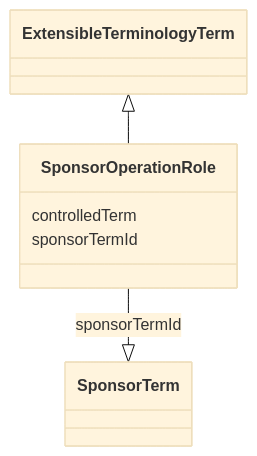
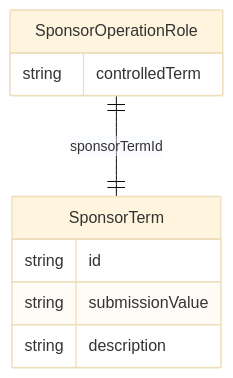
One commit to cdisc-org/analysis-results-standard changed the diagram in project/docs/SponsorOperationRole.md. Above: the diagram before and after it, drawn with Mermaid (base theme). The commit also changed 131 other files, not shown here.

Commit message:
Add top-level diagram to documentation

````diff
--- a/project/docs/SponsorOperationRole.md
+++ b/project/docs/SponsorOperationRole.md
@@ -14,13 +13,14 @@
 ```mermaid
- classDiagram
-    class SponsorOperationRole
-      ExtensibleTerminologyTerm <|-- SponsorOperationRole
-      
-      SponsorOperationRole : controlledTerm
-        
-      SponsorOperationRole : sponsorTermId
-        
-          SponsorOperationRole --|> SponsorTerm : sponsorTermId
-        
-      
+erDiagram
+SponsorOperationRole {
+    string controlledTerm  
+}
+SponsorTerm {
+    string id  
+    string submissionValue  
+    string description  
+}
+
+SponsorOperationRole ||--|| SponsorTerm : "sponsorTermId"
+
 ```
````
